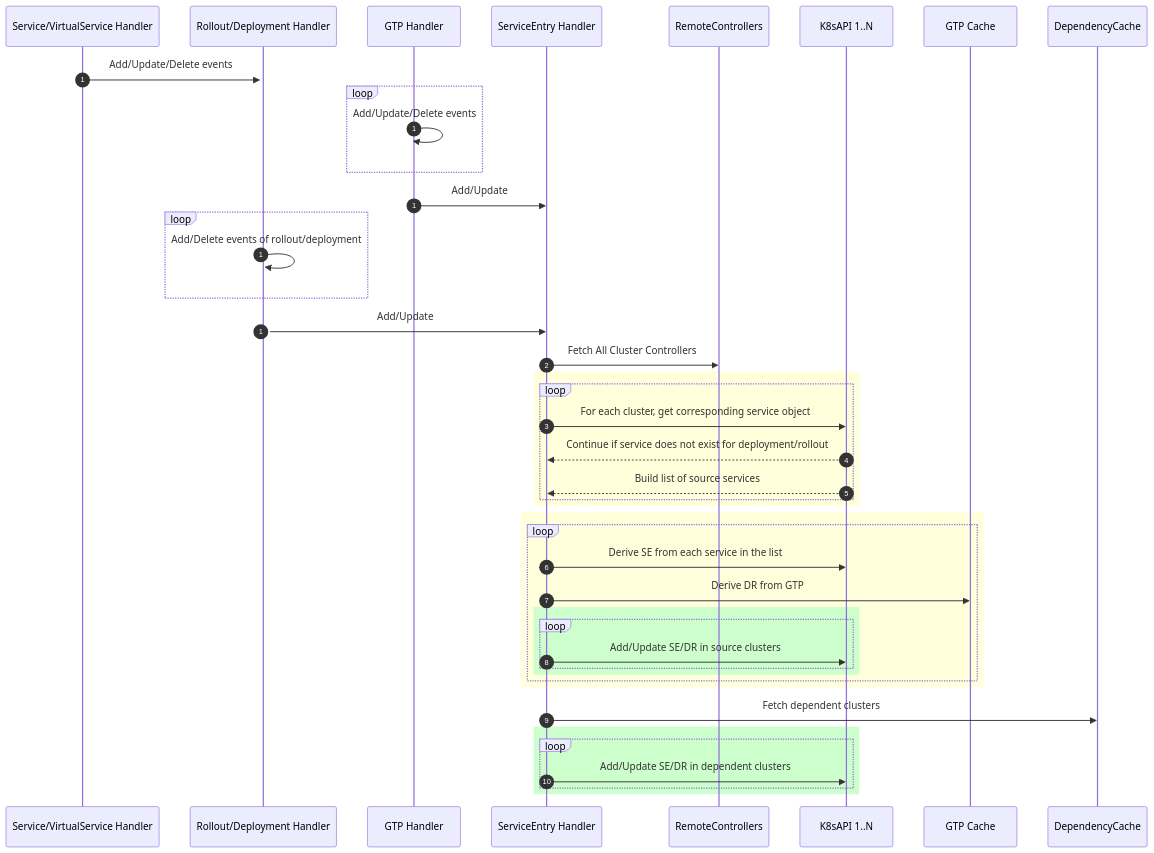
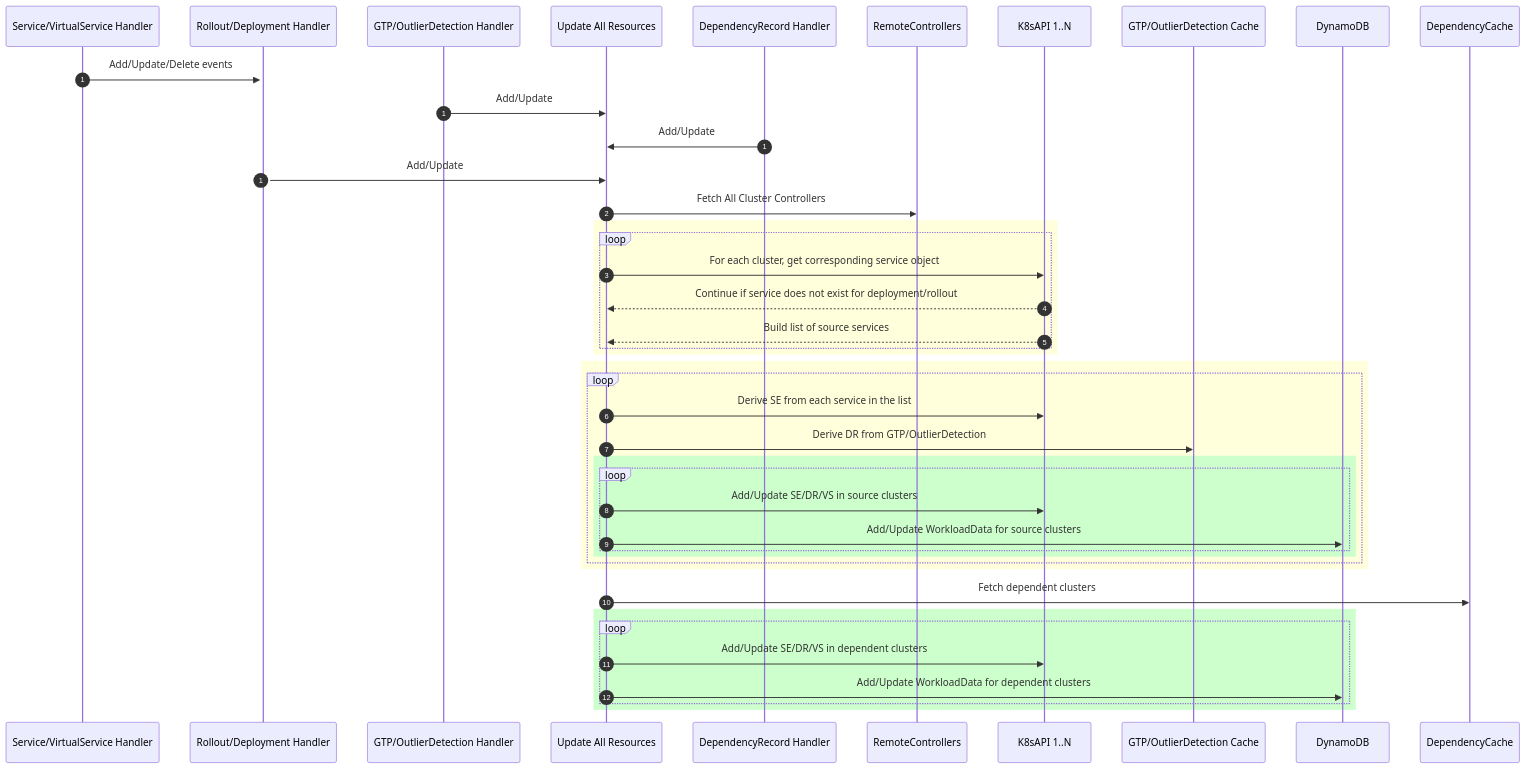
The diagram in README.md (istio-ecosystem/admiral), drawn with Mermaid before and after one commit. The commit also changed other lines of this file, not shown here.

Commit message:
add file README.md

````diff
--- a/README.md
+++ b/README.md
@@ -47,44 +74,41 @@
 ```mermaid
 sequenceDiagram
 		autonumber 1
     Service/VirtualService Handler->>+Rollout/Deployment Handler: Add/Update/Delete events
-    loop
-			autonumber 1
-			GTP Handler->>GTP Handler: Add/Update/Delete events
-    end
 		autonumber 1
-    GTP Handler ->> ServiceEntry Handler: Add/Update
-		loop
-				autonumber 1
-        Rollout/Deployment Handler->>Rollout/Deployment Handler: Add/Delete events of rollout/deployment
-    end
+    GTP/OutlierDetection Handler->>Update All Resources: Add/Update
+    autonumber 1
+    DependencyRecord Handler->>Update All Resources: Add/Update
 		autonumber 1
-		Rollout/Deployment Handler->>ServiceEntry Handler: Add/Update
+		Rollout/Deployment Handler->>Update All Resources: Add/Update
+
     autonumber 2
-    ServiceEntry Handler->>RemoteControllers: Fetch All Cluster Controllers
+    Update All Resources->>RemoteControllers: Fetch All Cluster Controllers
 		rect rgb(255, 255, 220)
 	    loop
-		    ServiceEntry Handler->>K8sAPI 1..N: For each cluster, get corresponding service object
-				K8sAPI 1..N-->>ServiceEntry Handler: Continue if service does not exist for deployment/rollout
-				K8sAPI 1..N-->>ServiceEntry Handler: Build list of source services
+		    Update All Resources->>K8sAPI 1..N: For each cluster, get corresponding service object
+				K8sAPI 1..N-->>Update All Resources: Continue if service does not exist for deployment/rollout
+				K8sAPI 1..N-->>Update All Resources: Build list of source services
 	    end
 		end
 	  rect rgb(255, 255, 220)
 	    loop
-				ServiceEntry Handler->>K8sAPI 1..N: Derive SE from each service in the list
-				ServiceEntry Handler->>GTP Cache: Derive DR from GTP
+				Update All Resources->>K8sAPI 1..N: Derive SE from each service in the list
+				Update All Resources->>GTP/OutlierDetection Cache: Derive DR from GTP/OutlierDetection
 			  rect rgb(204, 255, 204)
 			    loop
-				    ServiceEntry Handler->>K8sAPI 1..N: Add/Update SE/DR in source clusters
+				    Update All Resources->>K8sAPI 1..N: Add/Update SE/DR/VS in source clusters
+				    Update All Resources->>DynamoDB: Add/Update WorkloadData for source clusters
 					end
 		    end
 	    end
 		end
 
-    ServiceEntry Handler->>DependencyCache: Fetch dependent clusters
+    Update All Resources->>DependencyCache: Fetch dependent clusters
 		rect rgb(204, 255, 204)
 	    loop
-				ServiceEntry Handler->>K8sAPI 1..N: Add/Update SE/DR in dependent clusters
+				Update All Resources->>K8sAPI 1..N: Add/Update SE/DR/VS in dependent clusters
+        Update All Resources->>DynamoDB: Add/Update WorkloadData for dependent clusters
 			end
 		end
 ```
````
